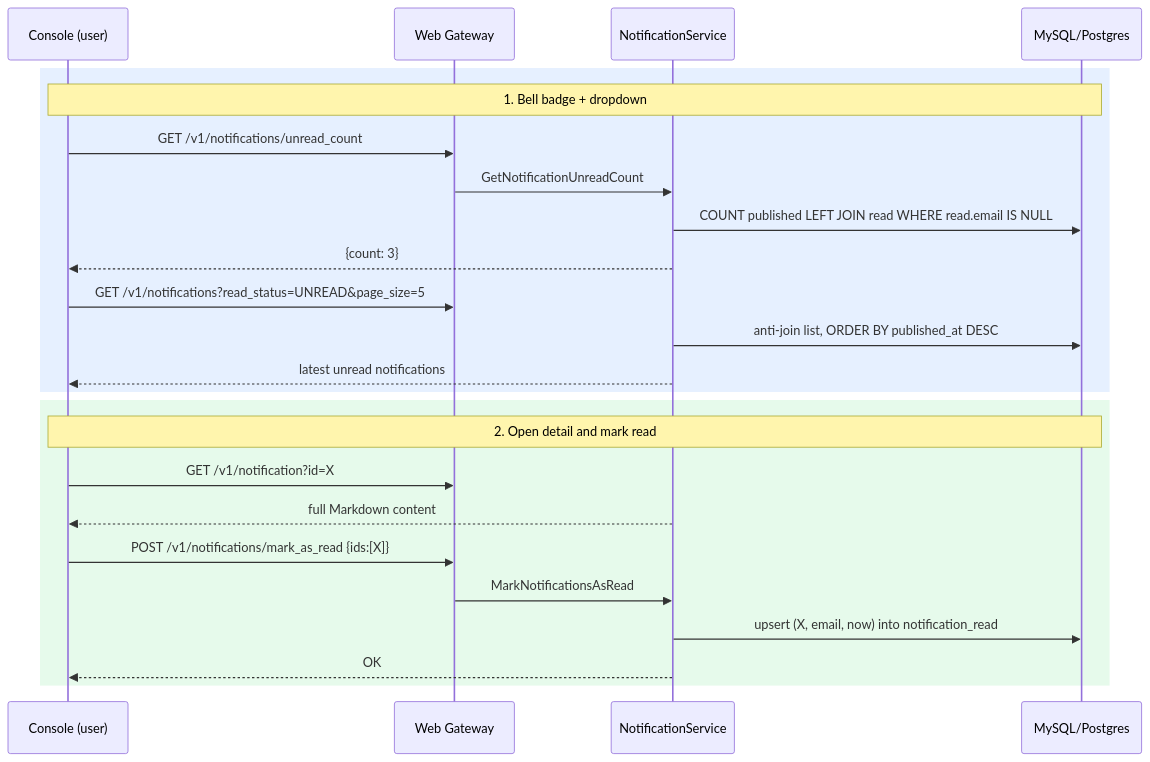
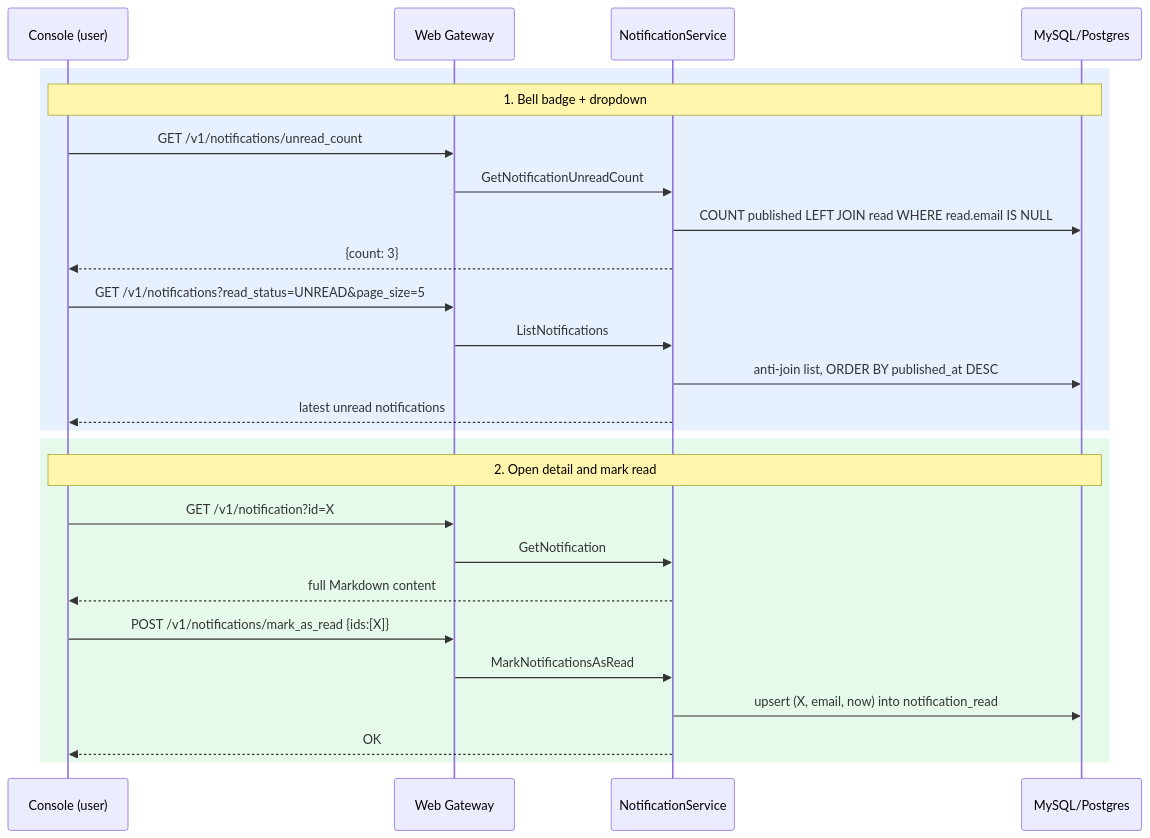
Before and after one commit to bucketeer-io/bucketeer: the second of 2 diagrams in docs/rfcs/0047-system-notification-center.md, drawn with Mermaid. The commit also changed other lines of this file, not shown here.

````diff
--- a/docs/rfcs/0047-system-notification-center.md
+++ b/docs/rfcs/0047-system-notification-center.md
@@ -150,28 +151,30 @@
 ```mermaid
 sequenceDiagram
     participant C as Console (user)
     participant GW as Web Gateway
     participant S as NotificationService
     participant DB as MySQL/Postgres
 
     rect rgb(230, 240, 255)
     Note over C,DB: 1. Bell badge + dropdown
     C->>GW: GET /v1/notifications/unread_count
     GW->>S: GetNotificationUnreadCount
     S->>DB: COUNT published LEFT JOIN read WHERE read.email IS NULL
     S-->>C: {count: 3}
     C->>GW: GET /v1/notifications?read_status=UNREAD&page_size=5
+    GW->>S: ListNotifications
     S->>DB: anti-join list, ORDER BY published_at DESC
     S-->>C: latest unread notifications
     end
 
     rect rgb(230, 250, 235)
     Note over C,DB: 2. Open detail and mark read
     C->>GW: GET /v1/notification?id=X
+    GW->>S: GetNotification
     S-->>C: full Markdown content
     C->>GW: POST /v1/notifications/mark_as_read {ids:[X]}
     GW->>S: MarkNotificationsAsRead
     S->>DB: upsert (X, email, now) into notification_read
     S-->>C: OK
     end
 ```
````
